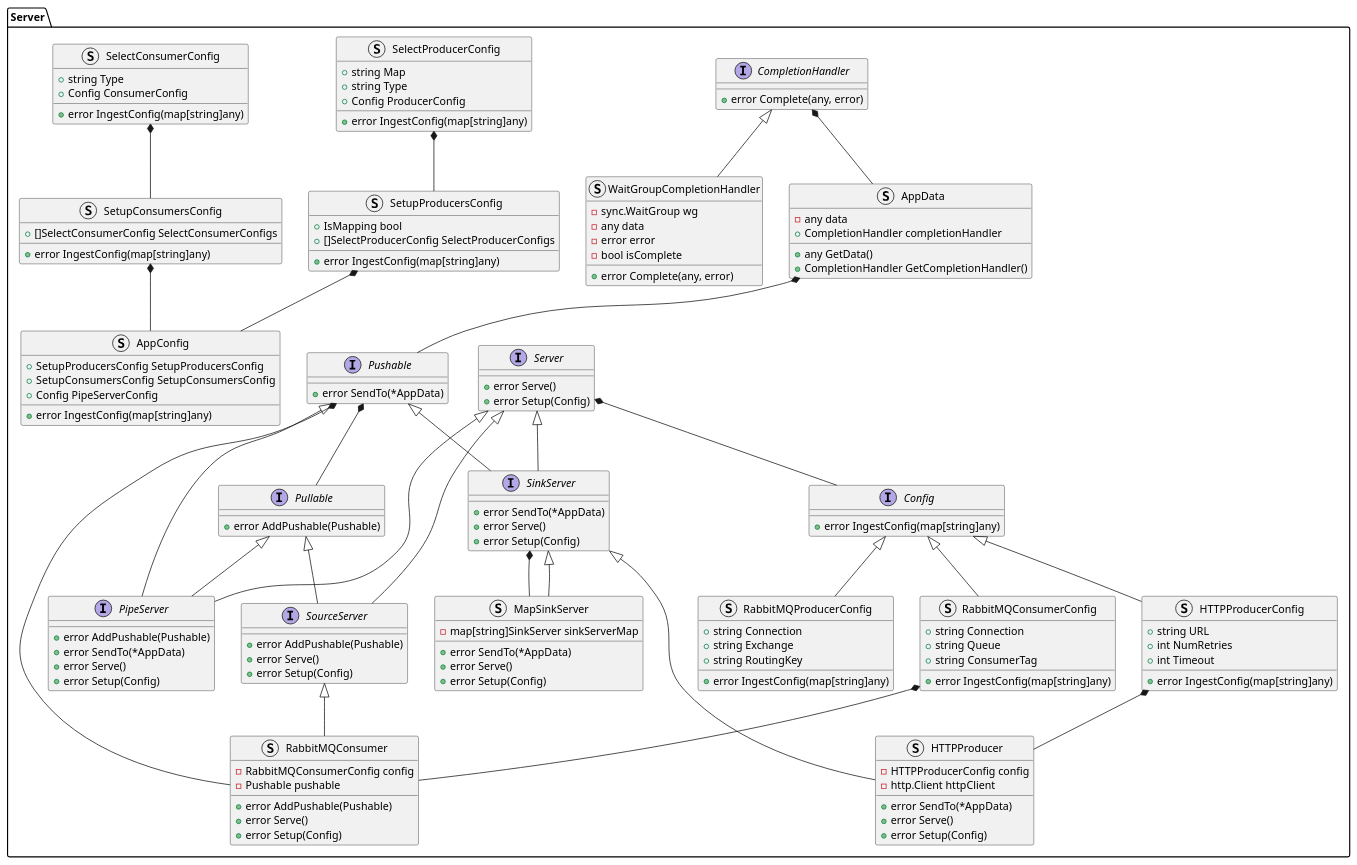
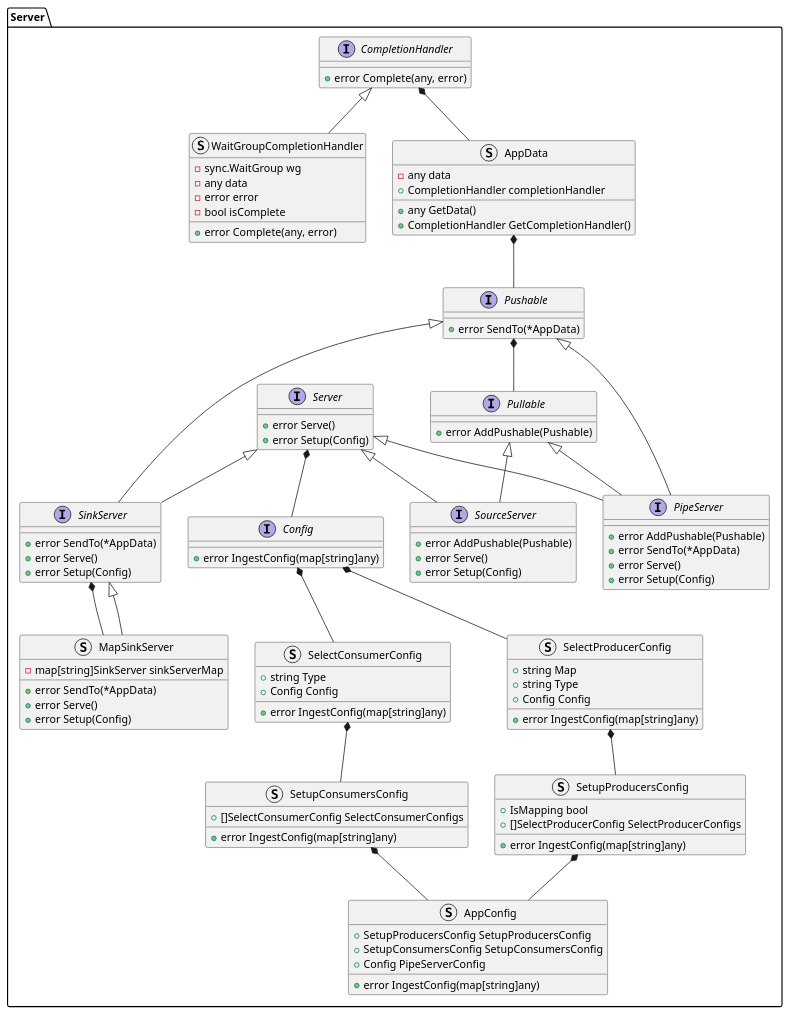
The diagram in docs/design_notes/DN1_JSON_Extractor/class_diagram.puml (xtuml/otel2pv), drawn with PlantUML before and after one commit. The commit also changed 9 other files, not shown here.

```diff
--- a/docs/design_notes/DN1_JSON_Extractor/class_diagram.puml
+++ b/docs/design_notes/DN1_JSON_Extractor/class_diagram.puml
@@ -1,142 +1,103 @@
 @startuml
 namespace Server {
     interface CompletionHandler {
         +error Complete(any, error)
     }
     struct WaitGroupCompletionHandler {
         -sync.WaitGroup wg
         -any data
         -error error
         -bool isComplete
         +error Complete(any, error)
     }
     struct AppData {
         -any data
         +CompletionHandler completionHandler
         +any GetData()
         +CompletionHandler GetCompletionHandler()
     }
     interface Server {
         +error Serve()
         +error Setup(Config)
     }
     interface Pullable {
         +error AddPushable(Pushable)
     }
     interface Pushable {
         +error SendTo(*AppData)
     }
     interface SourceServer {
         +error AddPushable(Pushable)
         +error Serve()
         +error Setup(Config)
     }
     interface SinkServer {
         +error SendTo(*AppData)
         +error Serve()
         +error Setup(Config)
     }
     interface PipeServer {
         +error AddPushable(Pushable)
         +error SendTo(*AppData)
         +error Serve()
         +error Setup(Config)
     }
-    struct HTTPProducer {
-        -HTTPProducerConfig config
-        -http.Client httpClient
-        +error SendTo(*AppData)
-        +error Serve()
-        +error Setup(Config)
-    }
-    struct RabbitMQConsumer {
-        -RabbitMQConsumerConfig config
-        -Pushable pushable
-        +error AddPushable(Pushable) 
-        +error Serve()
-        +error Setup(Config)
-    }
     struct MapSinkServer {
         -map[string]SinkServer sinkServerMap
         +error SendTo(*AppData)
         +error Serve()
         +error Setup(Config)
     }
     interface Config {
         +error IngestConfig(map[string]any)
     }
-    struct HTTPProducerConfig {
-        +string URL
-        +int NumRetries
-        +int Timeout
-        +error IngestConfig(map[string]any)
-    }
-    struct RabbitMQProducerConfig {
-        +string Connection
-        +string Exchange
-        +string RoutingKey
-        +error IngestConfig(map[string]any)
-    }
-    struct RabbitMQConsumerConfig {
-        +string Connection
-        +string Queue
-        +string ConsumerTag
-        +error IngestConfig(map[string]any)
-    }
     struct SelectProducerConfig {
         +string Map
         +string Type
-        +Config ProducerConfig
+        +Config Config
         +error IngestConfig(map[string]any)
     }
     struct SetupProducersConfig {
         +IsMapping bool
         +[]SelectProducerConfig SelectProducerConfigs
         +error IngestConfig(map[string]any)
     }
     struct SelectConsumerConfig {
         +string Type
-        +Config ConsumerConfig
+        +Config Config
         +error IngestConfig(map[string]any)
     }
     struct SetupConsumersConfig {
         +[]SelectConsumerConfig SelectConsumerConfigs
         +error IngestConfig(map[string]any)
     }
     struct AppConfig {
         +SetupProducersConfig SetupProducersConfig
         +SetupConsumersConfig SetupConsumersConfig
         +Config PipeServerConfig
         +error IngestConfig(map[string]any)
     }
 }
 Server.CompletionHandler <|-- Server.WaitGroupCompletionHandler
 Server.CompletionHandler *-- Server.AppData
 Server.AppData *-- Server.Pushable
 Server.Server <|-- Server.SourceServer
 Server.Pushable *-- Server.Pullable
 Server.Pullable <|-- Server.SourceServer
 Server.Server <|-- Server.SinkServer
 Server.Pushable <|-- Server.SinkServer
 Server.Pushable <|-- Server.PipeServer
 Server.Pullable <|-- Server.PipeServer
 Server.Server <|-- Server.PipeServer
 
-Server.SinkServer <|-- Server.HTTPProducer
 Server.SinkServer *-- Server.MapSinkServer
 Server.SinkServer <|-- Server.MapSinkServer
-Server.SourceServer <|-- Server.RabbitMQConsumer
-Server.Pushable *-- Server.RabbitMQConsumer
-
 
 Server.Server *-- Server.Config
-Server.Config <|-- Server.HTTPProducerConfig
-Server.Config <|-- Server.RabbitMQProducerConfig
-Server.Config <|-- Server.RabbitMQConsumerConfig
+Server.Config *-- Server.SelectProducerConfig
+Server.Config *-- Server.SelectConsumerConfig
 Server.SetupProducersConfig *-- Server.AppConfig
 Server.SetupConsumersConfig *-- Server.AppConfig
 Server.SelectProducerConfig *-- Server.SetupProducersConfig
 Server.SelectConsumerConfig *-- Server.SetupConsumersConfig
-Server.HTTPProducerConfig *-- Server.HTTPProducer
-Server.RabbitMQConsumerConfig *-- Server.RabbitMQConsumer
 @enduml
```
